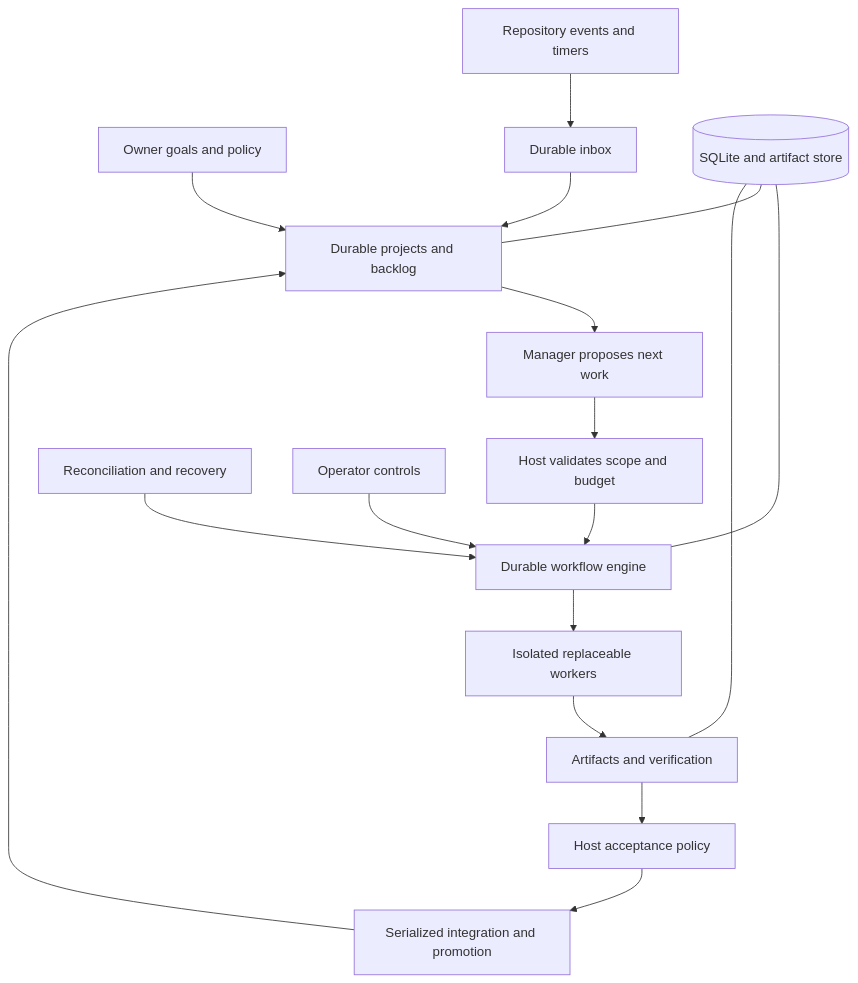
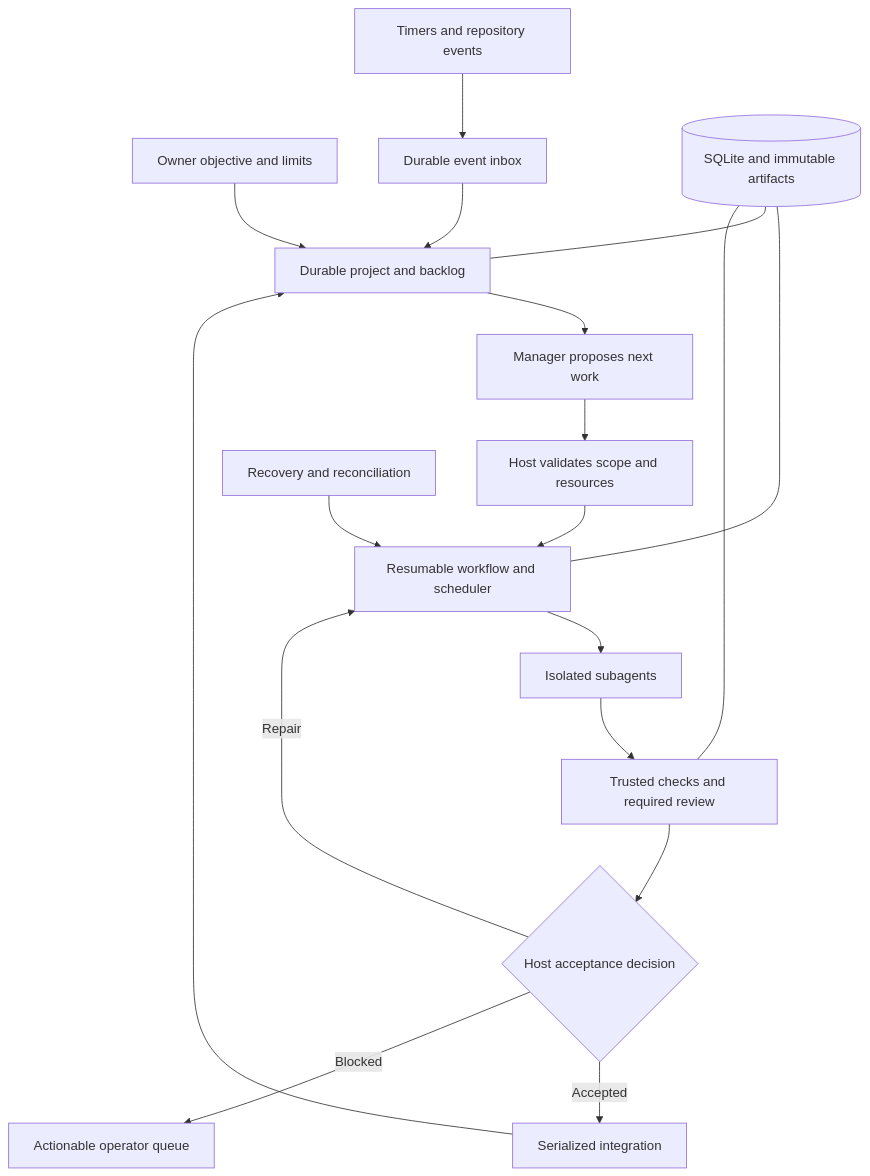
The diagram in docs/autonomy/README.md (Azrkiel/xvant-agent), drawn with Mermaid before and after one commit. The commit also changed other lines of this file and 12 other files, not shown here.

````diff
--- a/docs/autonomy/README.md
+++ b/docs/autonomy/README.md
@@ -59,19 +40,20 @@
 ```mermaid
 flowchart TD
-  Owner[Owner goals and policy] --> Projects[Durable projects and backlog]
-  Events[Repository events and timers] --> Inbox[Durable inbox]
-  Inbox --> Projects
-  Projects --> PM[Manager proposes next work]
-  PM --> Admission[Host validates scope and budget]
-  Admission --> Engine[Durable workflow engine]
-  Engine --> Workers[Isolated replaceable workers]
-  Workers --> Evidence[Artifacts and verification]
-  Evidence --> Accept[Host acceptance policy]
-  Accept --> Promotion[Serialized integration and promotion]
-  Promotion --> Projects
-  Recovery[Reconciliation and recovery] --> Engine
-  DB[(SQLite and artifact store)] --- Engine
-  DB --- Projects
-  DB --- Evidence
-  UI[Operator controls] --> Engine
+  Owner[Owner objective and limits] --> Project[Durable project and backlog]
+  Events[Timers and repository events] --> Inbox[Durable event inbox]
+  Inbox --> Project
+  Project --> Manager[Manager proposes next work]
+  Manager --> Host[Host validates scope and resources]
+  Host --> Engine[Resumable workflow and scheduler]
+  Engine --> Worker[Isolated subagents]
+  Worker --> Verify[Trusted checks and required review]
+  Verify --> Decision{Host acceptance decision}
+  Decision -->|Repair| Engine
+  Decision -->|Accepted| Integrate[Serialized integration]
+  Decision -->|Blocked| Operator[Actionable operator queue]
+  Integrate --> Project
+  Recovery[Recovery and reconciliation] --> Engine
+  State[(SQLite and immutable artifacts)] --- Engine
+  State --- Project
+  State --- Verify
 ```
````
